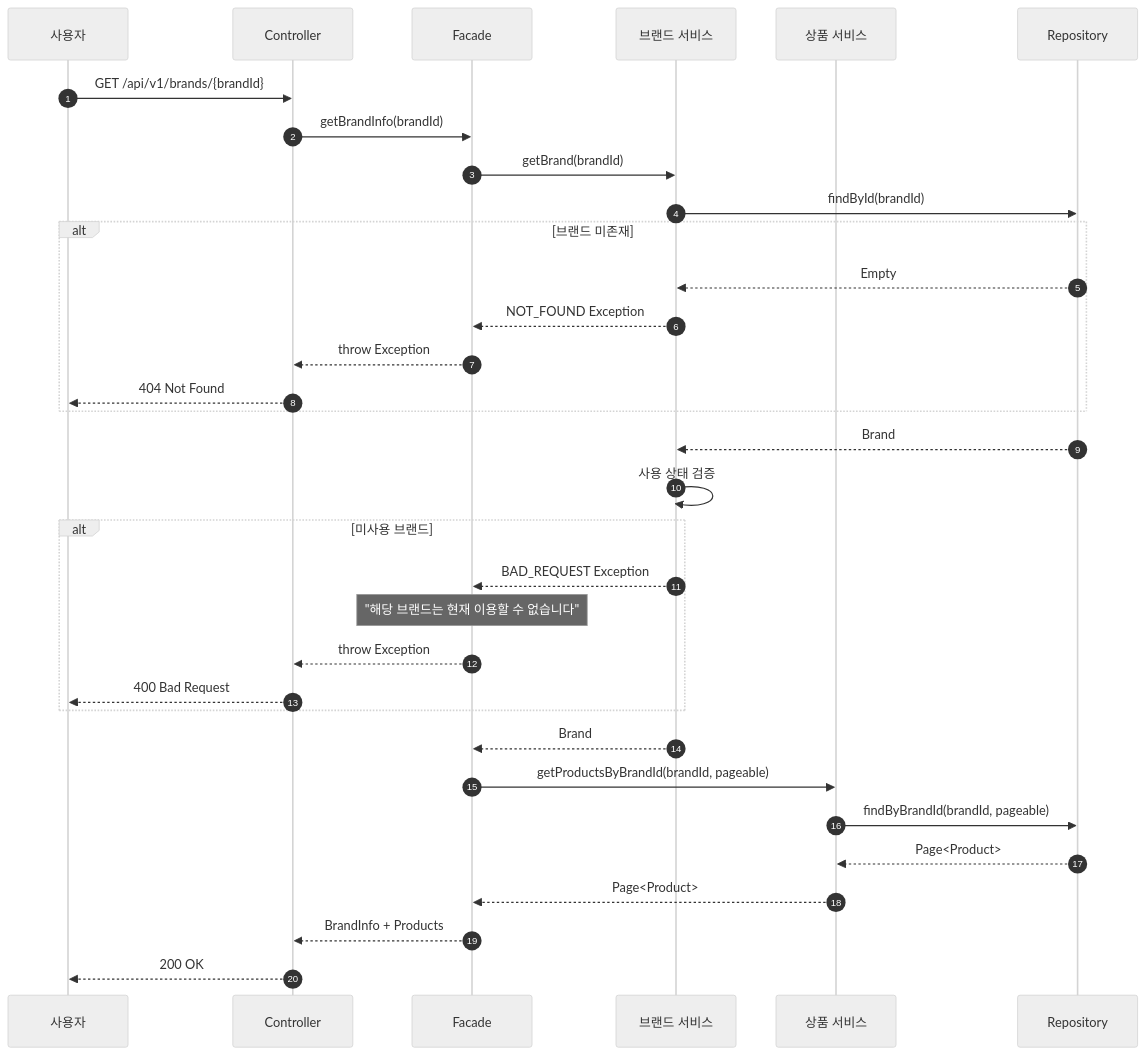
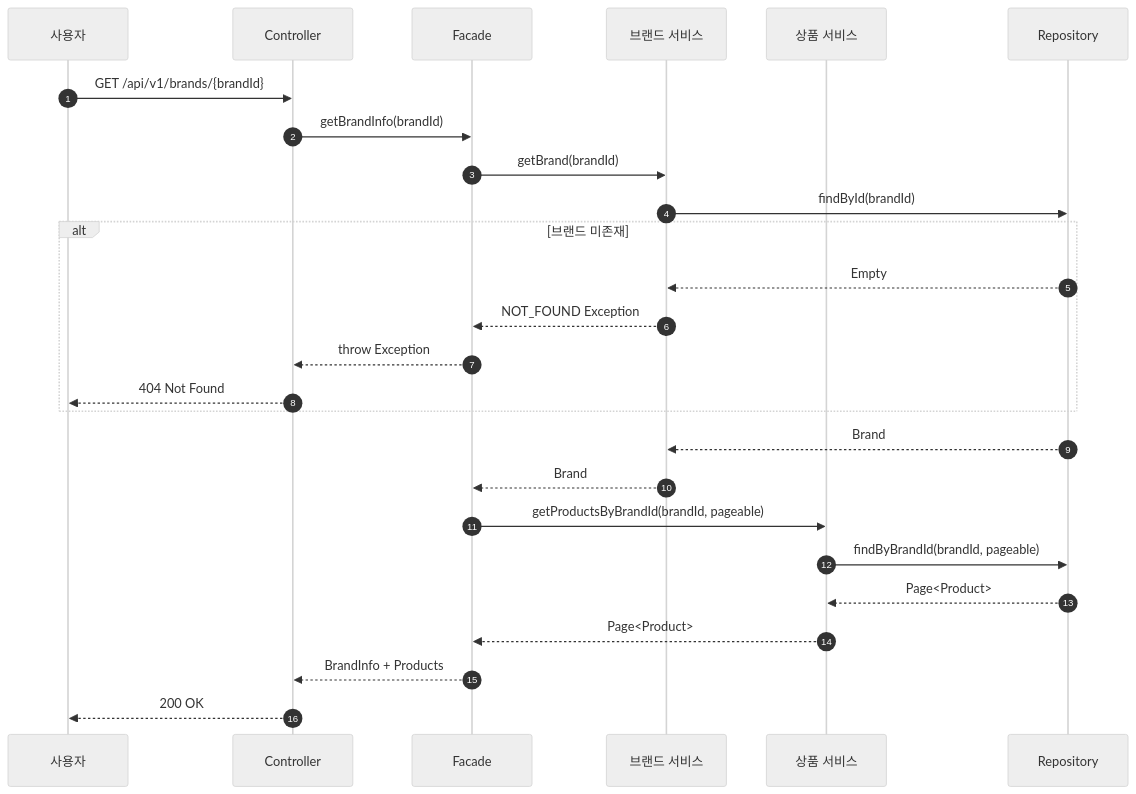
Before and after one commit to letter333/loop-pack-be-l2-vol3-java: the first of 16 diagrams in docs/design/02-sequence-diagram.md, drawn with Mermaid (neutral theme). The commit also changed other lines of this file and 3 other files, not shown here.

````diff
--- a/docs/design/02-sequence-diagram.md
+++ b/docs/design/02-sequence-diagram.md
@@ -7,40 +7,31 @@
 ```mermaid
 sequenceDiagram
     autonumber
     participant Client as 사용자
     participant Controller
     participant Facade
     participant BrandService as 브랜드 서비스
     participant ProductService as 상품 서비스
     participant Repository
 
     Client->>Controller: GET /api/v1/brands/{brandId}
     Controller->>Facade: getBrandInfo(brandId)
     Facade->>BrandService: getBrand(brandId)
     BrandService->>Repository: findById(brandId)
 
     alt 브랜드 미존재
         Repository-->>BrandService: Empty
         BrandService-->>Facade: NOT_FOUND Exception
         Facade-->>Controller: throw Exception
         Controller-->>Client: 404 Not Found
     end
 
     Repository-->>BrandService: Brand
-    BrandService->>BrandService: 사용 상태 검증
-
-    alt 미사용 브랜드
-        BrandService-->>Facade: BAD_REQUEST Exception
-        Note over Facade: "해당 브랜드는 현재 이용할 수 없습니다"
-        Facade-->>Controller: throw Exception
-        Controller-->>Client: 400 Bad Request
-    end
-
     BrandService-->>Facade: Brand
     Facade->>ProductService: getProductsByBrandId(brandId, pageable)
     ProductService->>Repository: findByBrandId(brandId, pageable)
     Repository-->>ProductService: Page<Product>
     ProductService-->>Facade: Page<Product>
     Facade-->>Controller: BrandInfo + Products
     Controller-->>Client: 200 OK
 ```
````
